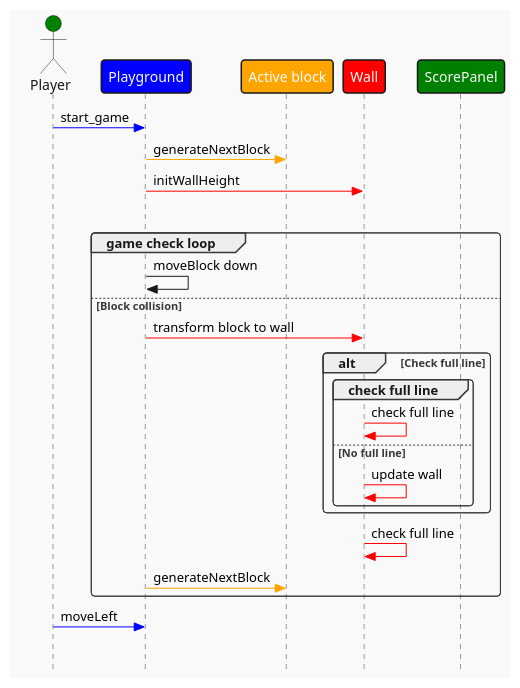
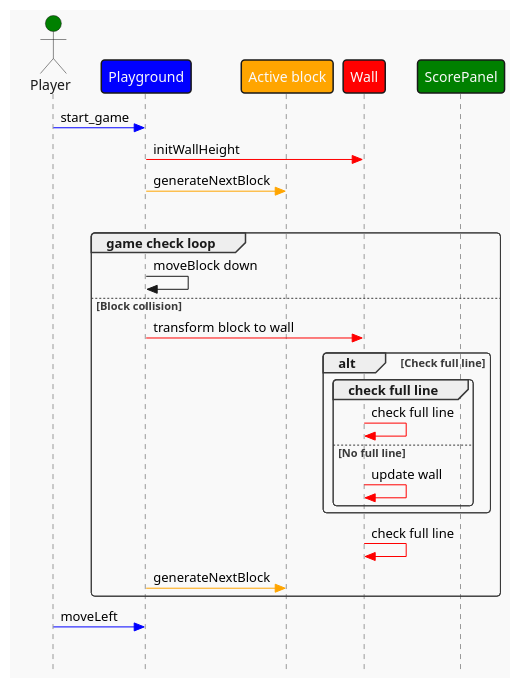
One commit to pertan4711/reactris changed the diagram in doc/uml/start_game.puml. Above: the diagram before and after it, drawn with PlantUML. The commit also changed other lines of this file and 2 other files, not shown here.

```diff
--- a/doc/uml/start_game.puml
+++ b/doc/uml/start_game.puml
@@ -1,33 +1,33 @@
 @startuml start_game
 !theme mars
 skinparam Style strictuml
 
 actor "Player" as Player #green
 participant "Playground" as Playground #blue
 participant "Active block" as Block #orange
 participant "Wall" as Wall #red
 participant "ScorePanel" as Panel #green
 
 Player -[#blue]> Playground : start_game
+Playground -[#red]> Wall : initWallHeight
 Playground -[#orange]> Block : generateNextBlock
-Playground -[#red]> Wall : initWallHeight
 
 alt Check collision
 group game check loop
     Playground -> Playground : moveBlock down
 else Block collision
     Playground -[#red]> Wall : transform block to wall
     alt Check full line
     group check full line
         Wall -[#red]> Wall : check full line
     else No full line
         Wall -[#red]> Wall : update wall
     end
     end
     Wall -[#red]> Wall : check full line
     Playground -[#orange]> Block : generateNextBlock
 end
 
 Player -[#blue]> Playground : moveLeft
 group 
 @enduml
```
